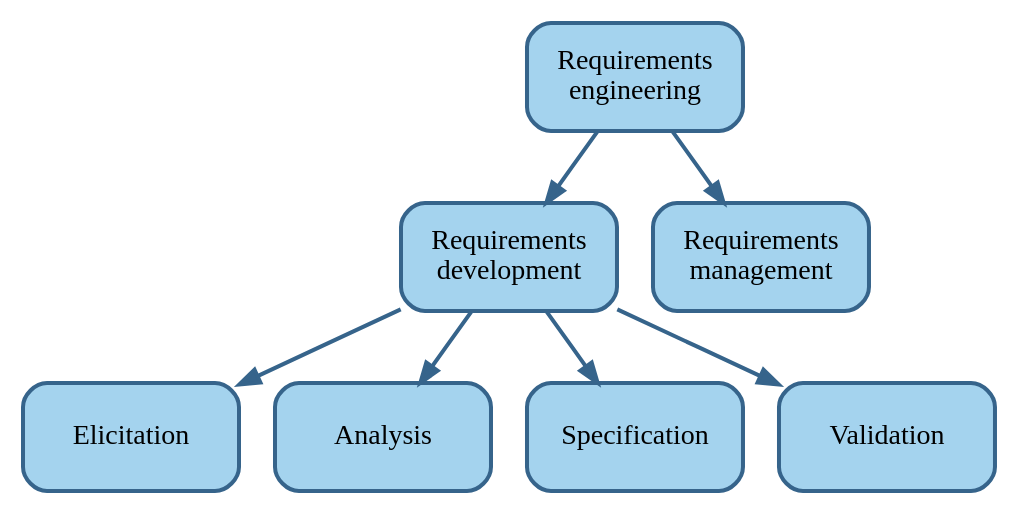
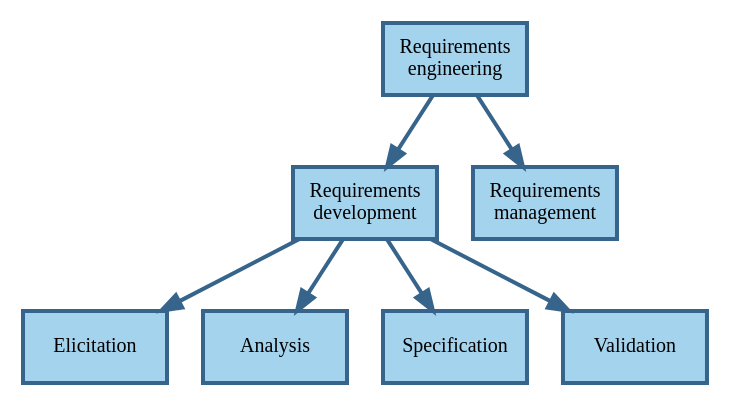
One commit to setms/book changed the diagram in docs/requirements/digest.md. Above: the diagram before and after it, drawn with Graphviz. The commit also changed 8 other files, not shown here.

````diff
--- a/docs/requirements/digest.md
+++ b/docs/requirements/digest.md
@@ -35,18 +35,18 @@
 ```dot process
 digraph requirements_engineering {
-  node [shape=rect, style="rounded,filled", fixedsize=true, width=1.5, height=0.75, fillcolor=lightskyblue2,
-    color=steelblue4, penwidth=2];
-  edge [fontsize=11, color=steelblue4, penwidth=2];
+  node [shape=rect, style="filled", fixedsize=true, width=1, height=0.5, fillcolor=lightskyblue2,
+    color=steelblue4, penwidth=2, fontsize=10];
+  edge [fontsize=9, color=steelblue4, penwidth=2];
 
   RE [label="Requirements\nengineering"];
   RD [label="Requirements\ndevelopment"];
   RM [label="Requirements\nmanagement"];
 
   RE -> RD;
   RE -> RM;
   RD -> Elicitation;
   RD -> Analysis;
   RD -> Specification;
   RD -> Validation;
 }
 ```
````
